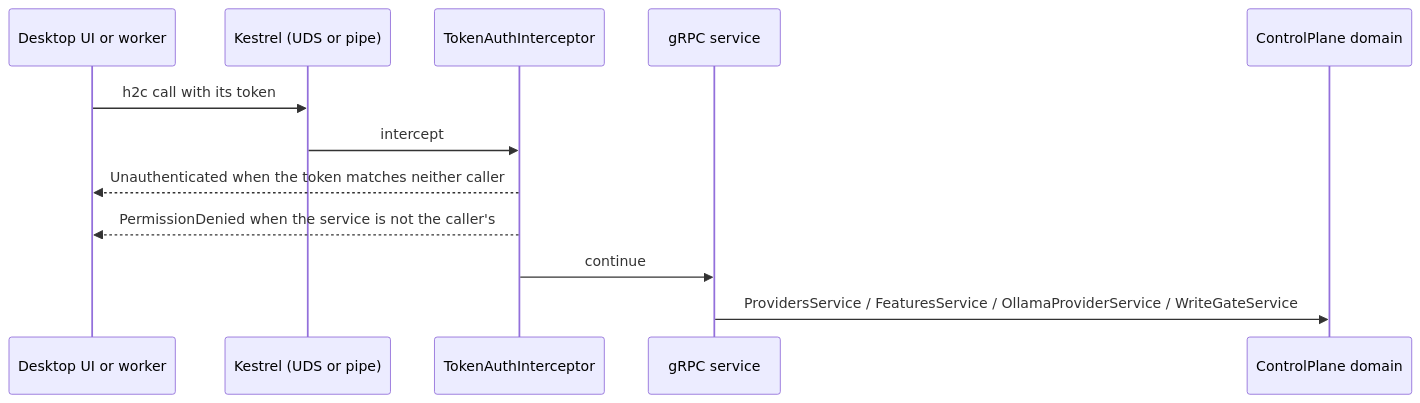
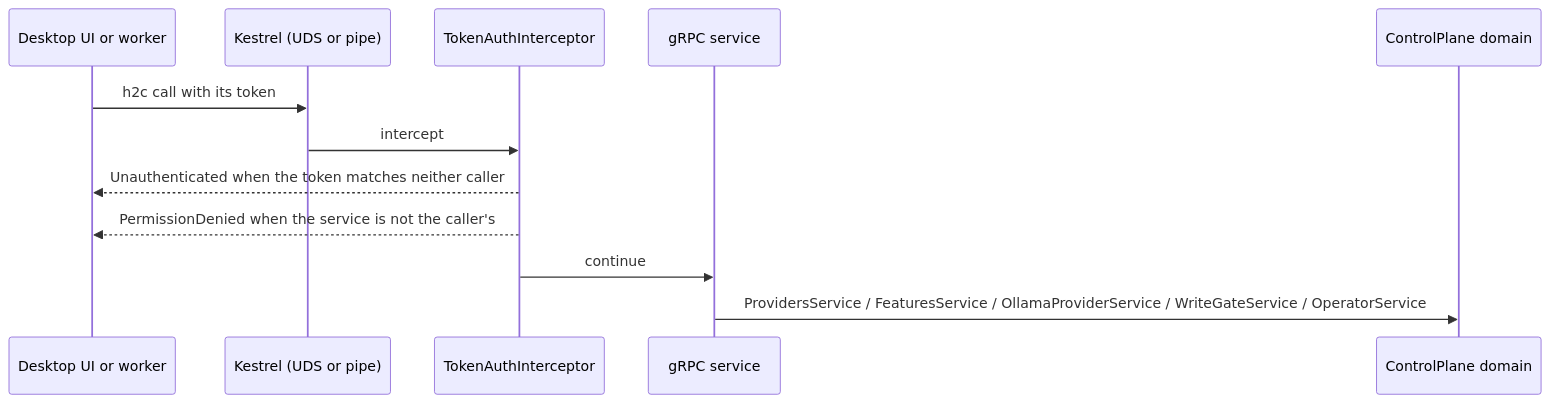
The diagram in vault/pages/services/host-control-plane.md (vitorafgomes/scout), drawn with Mermaid before and after one commit. The commit also changed other lines of this file and 149 other files, not shown here.

````diff
--- a/vault/pages/services/host-control-plane.md
+++ b/vault/pages/services/host-control-plane.md
@@ -43,14 +45,14 @@
 ```mermaid
 sequenceDiagram
     participant UI as Desktop UI or worker
     participant K as Kestrel (UDS or pipe)
     participant I as TokenAuthInterceptor
     participant S as gRPC service
     participant D as ControlPlane domain
     UI->>K: h2c call with its token
     K->>I: intercept
     I-->>UI: Unauthenticated when the token matches neither caller
     I-->>UI: PermissionDenied when the service is not the caller's
     I->>S: continue
-    S->>D: ProvidersService / FeaturesService / OllamaProviderService / WriteGateService
+    S->>D: ProvidersService / FeaturesService / OllamaProviderService / WriteGateService / OperatorService
 ```
````
